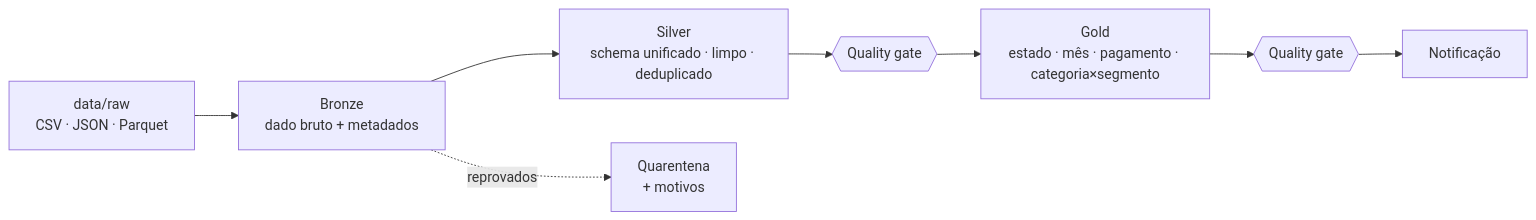
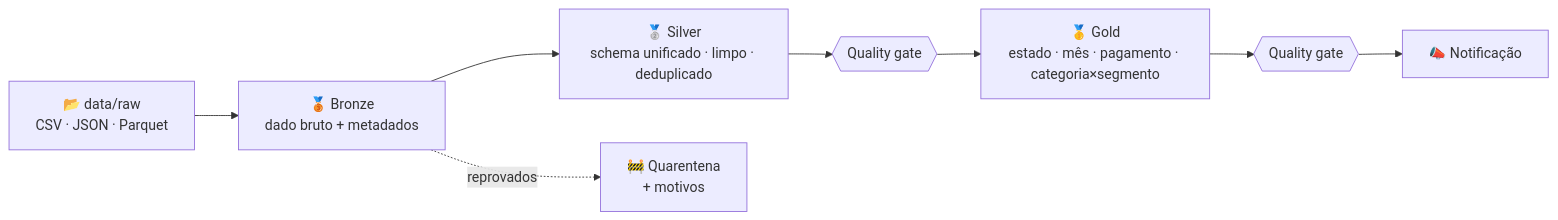
Before and after one commit to bepam/Bigdata-project-dataflow: the diagram in README.md, drawn with Mermaid. The commit also changed other lines of this file and 15 other files, not shown here.

````diff
--- a/README.md
+++ b/README.md
@@ -74,8 +90,8 @@
 ```mermaid
 flowchart LR
-    RAW["data/raw<br/>CSV · JSON · Parquet"] --> B["Bronze<br/>dado bruto + metadados"]
-    B --> S["Silver<br/>schema unificado · limpo · deduplicado"]
-    B -. reprovados .-> Q["Quarentena<br/>+ motivos"]
-    S --> QG{{"Quality gate"}} --> G["Gold<br/>estado · mês · pagamento · categoria×segmento"]
-    G --> QG2{{"Quality gate"}} --> N["Notificação"]
+    RAW["📂 data/raw<br/>CSV · JSON · Parquet"] --> B["🥉 Bronze<br/>dado bruto + metadados"]
+    B --> S["🥈 Silver<br/>schema unificado · limpo · deduplicado"]
+    B -. reprovados .-> Q["🚧 Quarentena<br/>+ motivos"]
+    S --> QG{{"Quality gate"}} --> G["🥇 Gold<br/>estado · mês · pagamento · categoria×segmento"]
+    G --> QG2{{"Quality gate"}} --> N["📣 Notificação"]
 ```
````
